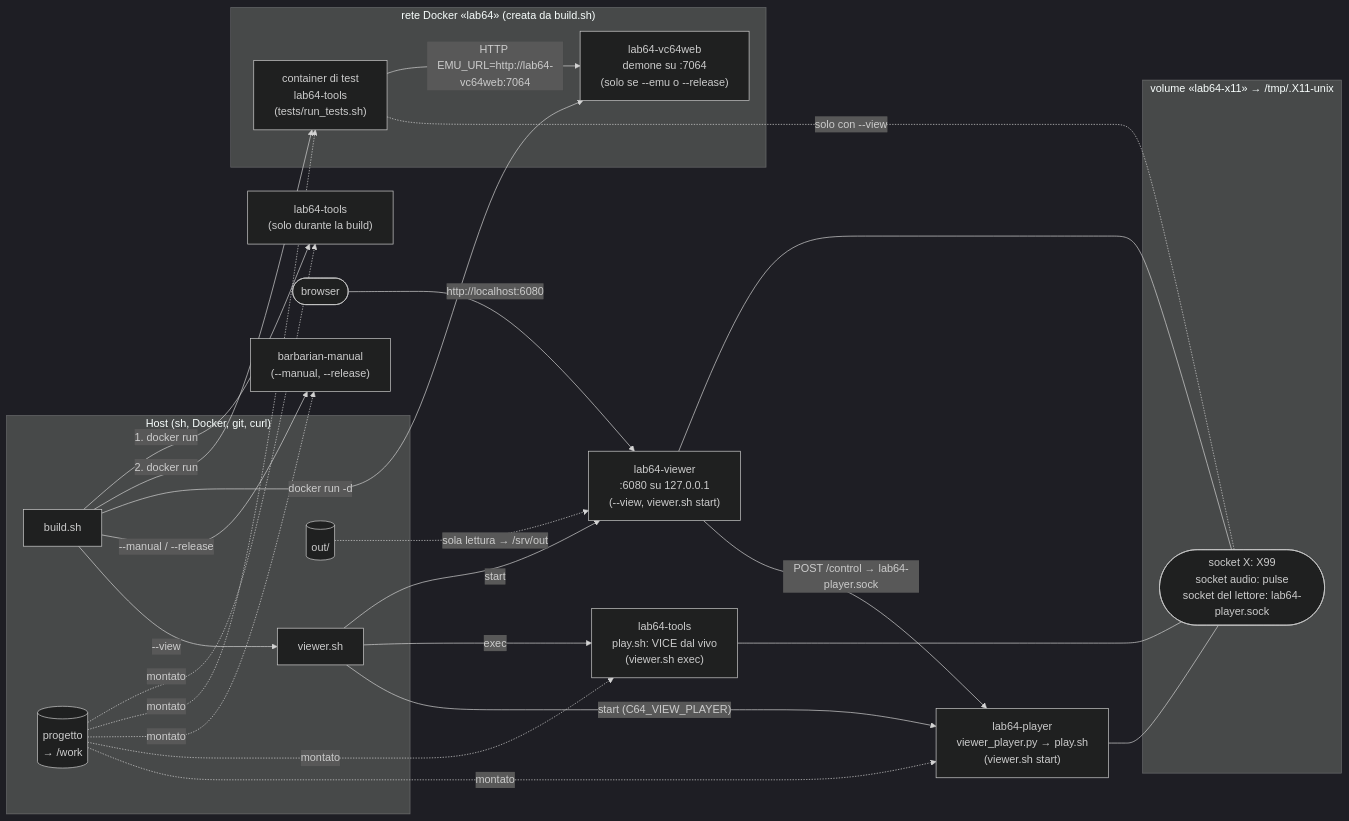
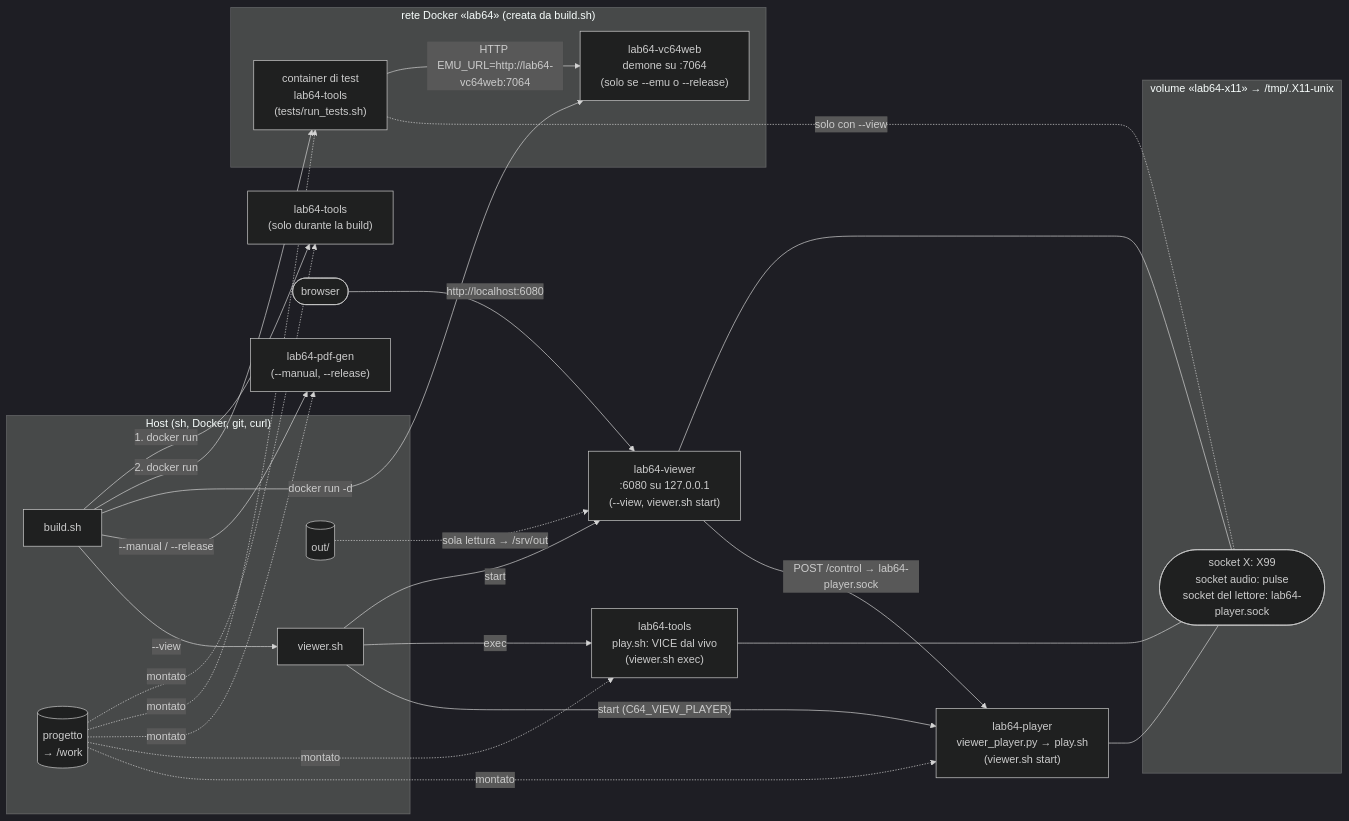
Before and after one commit to caporalesimone/barbarian-the-blood-path: the second of 3 diagrams in docs/docker-architecture.md, drawn with Mermaid (dark theme). The commit also changed other lines of this file and 18 other files, not shown here.

````diff
--- a/docs/docker-architecture.md
+++ b/docs/docker-architecture.md
@@ -95,51 +95,51 @@
 ```mermaid
 flowchart LR
     subgraph HOST["Host (sh, Docker, git, curl)"]
         BSH["build.sh"]
         VSH["viewer.sh"]
         PROJ[("progetto<br/>→ /work")]
         OUT[("out/")]
     end
 
     subgraph NETC["rete Docker «lab64» (creata da build.sh)"]
         TEST["container di test<br/>lab64-tools<br/>(tests/run_tests.sh)"]
         VC64["lab64-vc64web<br/>demone su :7064<br/>(solo se --emu o --release)"]
     end
 
     BLDC["lab64-tools<br/>(solo durante la build)"]
-    MANC["barbarian-manual<br/>(--manual, --release)"]
+    MANC["lab64-pdf-gen<br/>(--manual, --release)"]
 
     subgraph VOL["volume «lab64-x11» → /tmp/.X11-unix"]
         XSOCK(["socket X: X99<br/>socket audio: pulse<br/>socket del lettore: lab64-player.sock"])
     end
 
     VIEW["lab64-viewer<br/>:6080 su 127.0.0.1<br/>(--view, viewer.sh start)"]
     PLAY["lab64-tools<br/>play.sh: VICE dal vivo<br/>(viewer.sh exec)"]
     PLR["lab64-player<br/>viewer_player.py → play.sh<br/>(viewer.sh start)"]
     BR(["browser"])
 
     BSH -->|"1. docker run"| BLDC
     BSH -->|"2. docker run"| TEST
     BSH -->|"docker run -d"| VC64
     BSH -->|"--manual / --release"| MANC
     BSH -->|"--view"| VSH
     VSH -->|"start"| VIEW
     VSH -->|"exec"| PLAY
     VSH -->|"start (C64_VIEW_PLAYER)"| PLR
 
     PROJ -. "montato" .-> BLDC
     PROJ -. "montato" .-> TEST
     PROJ -. "montato" .-> MANC
     PROJ -. "montato" .-> PLAY
     PROJ -. "montato" .-> PLR
     OUT -. "sola lettura → /srv/out" .-> VIEW
 
     TEST -->|"HTTP EMU_URL=http://lab64-vc64web:7064"| VC64
 
     VIEW --- XSOCK
     TEST -. "solo con --view" .- XSOCK
     PLAY --- XSOCK
     PLR --- XSOCK
     VIEW -->|"POST /control → lab64-player.sock"| PLR
     BR -->|"http://localhost:6080"| VIEW
 ```
````
